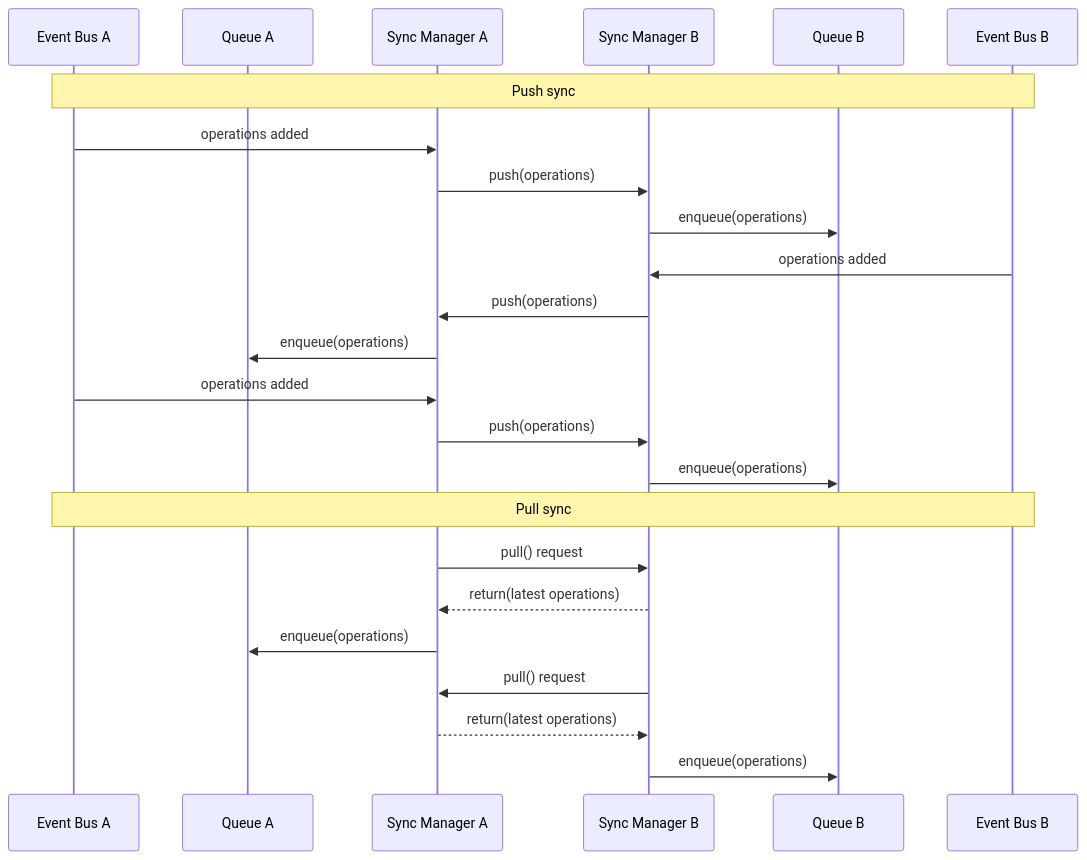
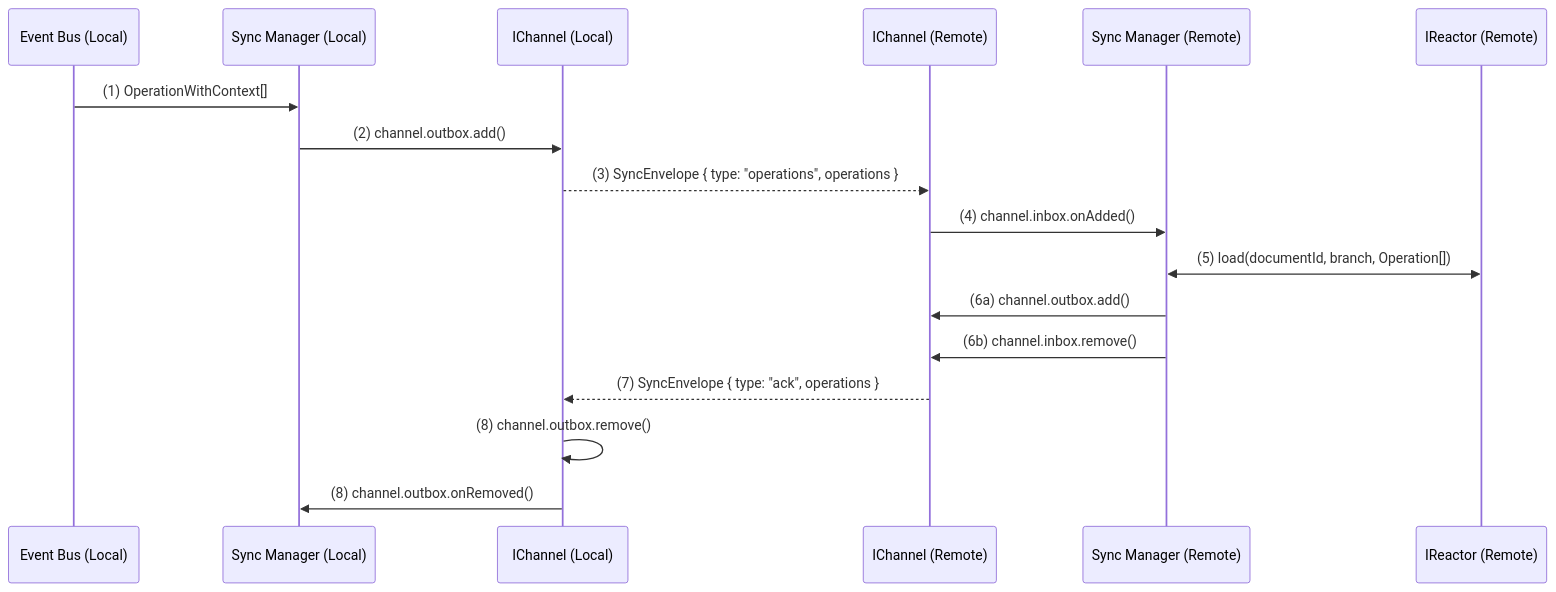
The first of 4 diagrams in packages/reactor/docs/planning/Synchronization/index.md (powerhouse-inc/powerhouse), drawn with Mermaid before and after one commit. The commit also changed other lines of this file and 1319 other files, not shown here.

````diff
--- a/packages/reactor/docs/planning/Synchronization/index.md
+++ b/packages/reactor/docs/planning/Synchronization/index.md
@@ -135,37 +201,20 @@
 ```mermaid
 sequenceDiagram
-    participant EBA as Event Bus A
-    participant QA as Queue A
-    participant SMA as Sync Manager A
-    participant SMB as Sync Manager B
-    participant QB as Queue B
-    participant EBB as Event Bus B
+  participant LocalBus as Event Bus (Local)
+  participant SyncMgr as Sync Manager (Local)
+  participant Channel as IChannel (Local)
+  participant RemoteChannel as IChannel (Remote)
+  participant RemoteSyncMgr as Sync Manager (Remote)
+  participant RemoteLoad as IReactor (Remote)
 
-    Note over EBA, EBB: Push sync
-
-    %% Reactor A initiates sync
-    EBA->>SMA: operations added
-    SMA->>SMB: push(operations)
-    SMB->>QB: enqueue(operations)
-
-    %% Reactor B responds with its operations
-    EBB->>SMB: operations added
-    SMB->>SMA: push(operations)
-    SMA->>QA: enqueue(operations)
-
-    %% Continued ping-pong
-    EBA->>SMA: operations added
-    SMA->>SMB: push(operations)
-    SMB->>QB: enqueue(operations)
-
-    Note over EBA, EBB: Pull sync
-
-    %% Pull-based sync (scheduled)
-    SMA->>SMB: pull() request
-    SMB-->>SMA: return(latest operations)
-    SMA->>QA: enqueue(operations)
-
-    SMB->>SMA: pull() request
-    SMA-->>SMB: return(latest operations)
-    SMB->>QB: enqueue(operations)
+  LocalBus->>SyncMgr: (1) OperationWithContext[]
+  SyncMgr->>Channel: (2) channel.outbox.add()
+  Channel-->>RemoteChannel: (3) SyncEnvelope { type: "operations", operations }
+  RemoteChannel->>RemoteSyncMgr: (4) channel.inbox.onAdded()
+  RemoteSyncMgr<<->>RemoteLoad: (5) load(documentId, branch, Operation[])
+  RemoteSyncMgr->>RemoteChannel: (6a) channel.outbox.add()
+  RemoteSyncMgr->>RemoteChannel: (6b) channel.inbox.remove()
+  RemoteChannel-->>Channel: (7) SyncEnvelope { type: "ack", operations }
+  Channel->>Channel: (8) channel.outbox.remove()
+  Channel->>SyncMgr: (8) channel.outbox.onRemoved()
 ```
````
